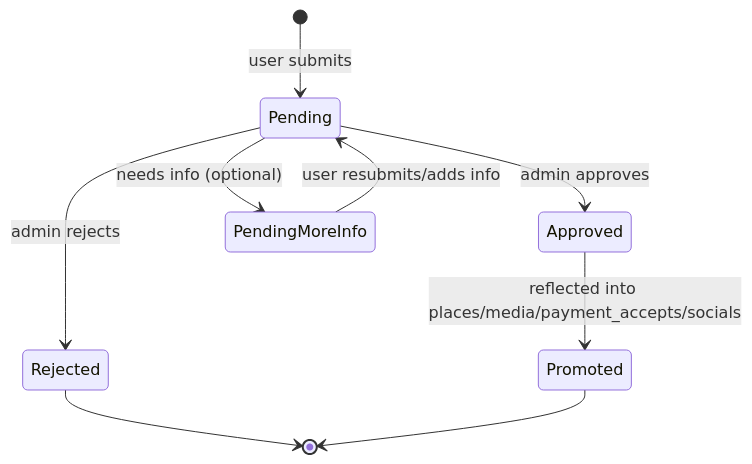
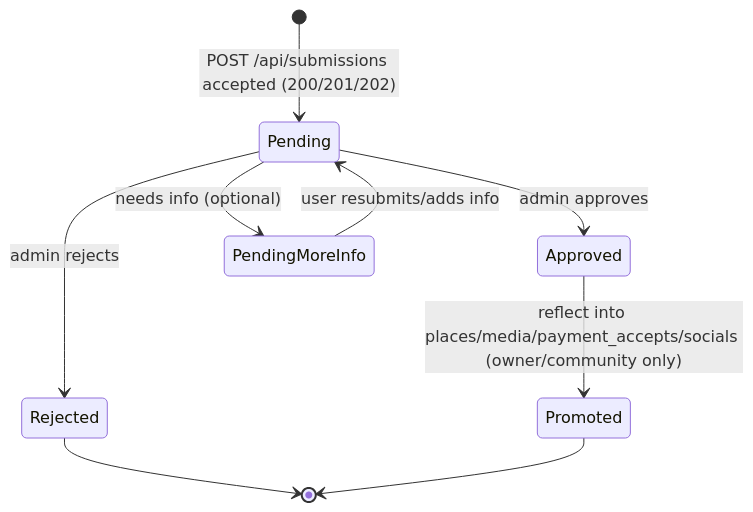
One commit to badjoke-lab/cryptopaymap-v2 changed the first of 2 diagrams in docs/state-machine-submissions.md. Above: the diagram before and after it, drawn with Mermaid. The commit also changed other lines of this file, not shown here.

````diff
--- a/docs/state-machine-submissions.md
+++ b/docs/state-machine-submissions.md
@@ -1,14 +124,17 @@
 ```mermaid
 stateDiagram-v2
-  [*] --> Pending : user submits
+  [*] --> Pending : POST /api/submissions accepted (200/201/202)
 
   Pending --> Approved : admin approves
   Pending --> Rejected : admin rejects
+
+  %% optional branch: request more info (future)
   Pending --> PendingMoreInfo : needs info (optional)
+  PendingMoreInfo --> Pending : user resubmits/adds info
 
-  PendingMoreInfo --> Pending : user resubmits/adds info
-  Approved --> Promoted : reflected into places/media/payment_accepts/socials
+  %% promote is an action after approved (owner/community only)
+  Approved --> Promoted : reflect into places/media/payment_accepts/socials (owner/community only)
+
   Rejected --> [*]
   Promoted --> [*]
-
 ```
````
